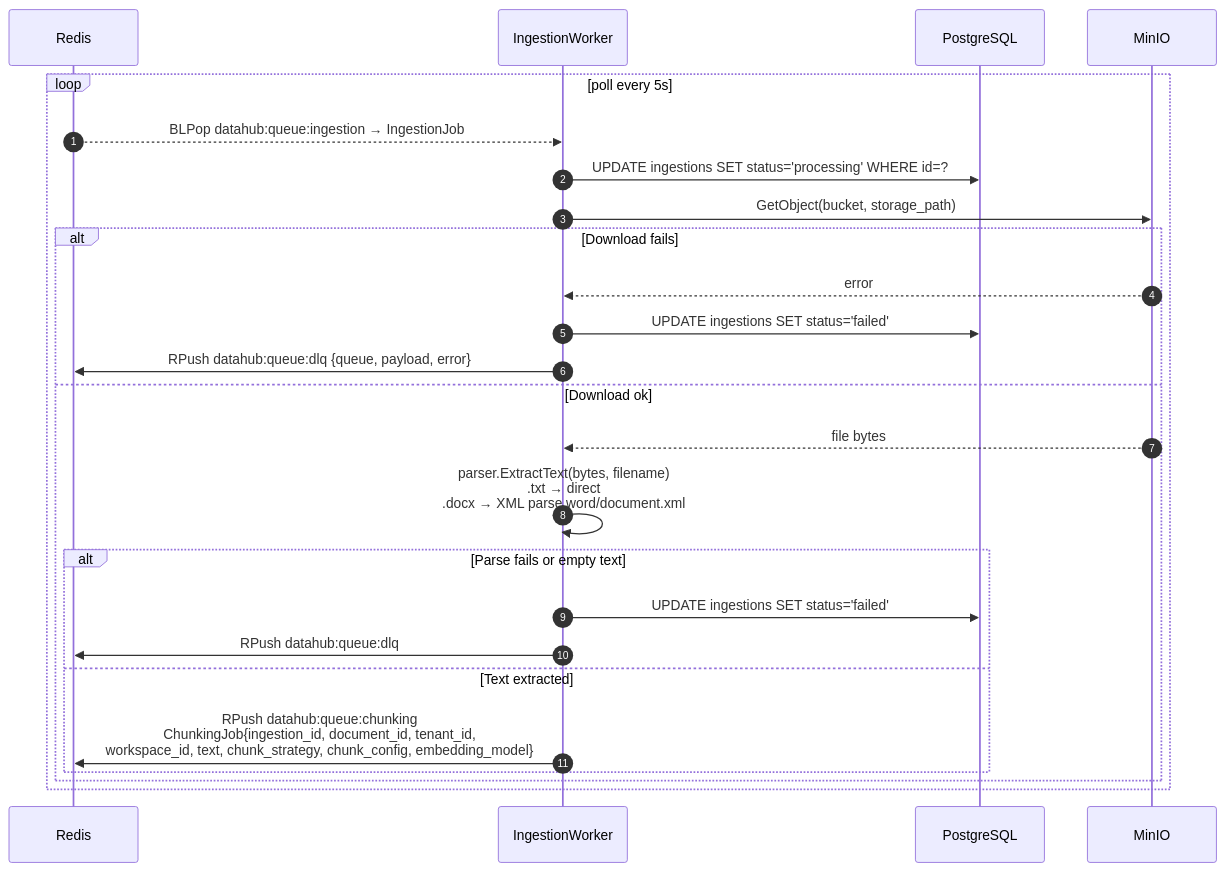
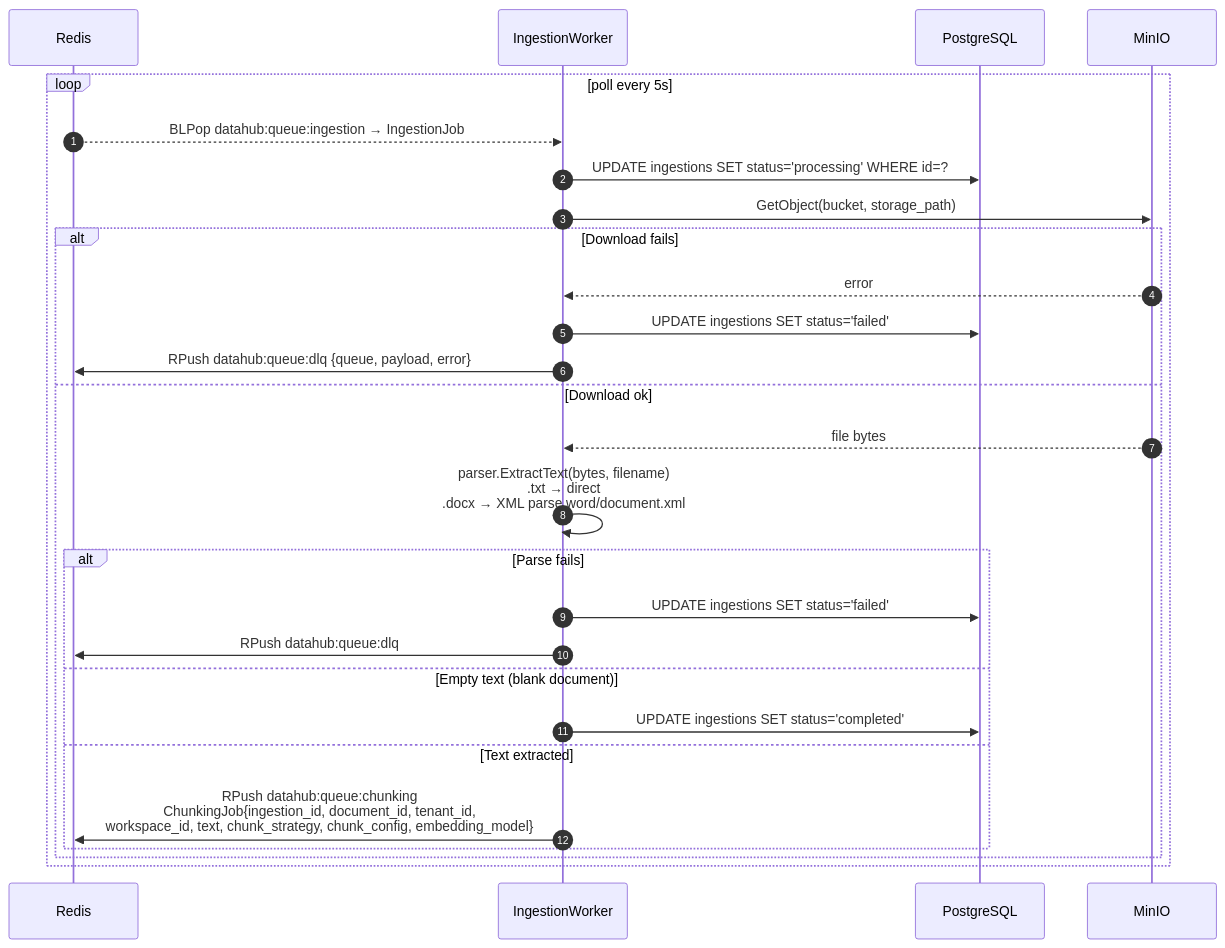
Before and after one commit to Andrew-Bu1/Agent-Platform: the fifth of 11 diagrams in docs/architecture/datahub/sequence.md, drawn with Mermaid. The commit also changed other lines of this file and 21 other files, not shown here.

````diff
--- a/docs/architecture/datahub/sequence.md
+++ b/docs/architecture/datahub/sequence.md
@@ -259,28 +259,30 @@
 ```mermaid
 sequenceDiagram
     autonumber
     participant Redis as Redis
     participant IW as IngestionWorker
     participant DB as PostgreSQL
     participant Minio as MinIO
 
     loop poll every 5s
         Redis-->>IW: BLPop datahub:queue:ingestion → IngestionJob
         IW->>DB: UPDATE ingestions SET status='processing' WHERE id=?
         IW->>Minio: GetObject(bucket, storage_path)
         alt Download fails
             Minio-->>IW: error
             IW->>DB: UPDATE ingestions SET status='failed'
             IW->>Redis: RPush datahub:queue:dlq {queue, payload, error}
         else Download ok
             Minio-->>IW: file bytes
             IW->>IW: parser.ExtractText(bytes, filename)<br/>.txt → direct<br/>.docx → XML parse word/document.xml
-            alt Parse fails or empty text
+            alt Parse fails
                 IW->>DB: UPDATE ingestions SET status='failed'
                 IW->>Redis: RPush datahub:queue:dlq
+            else Empty text (blank document)
+                IW->>DB: UPDATE ingestions SET status='completed'
             else Text extracted
                 IW->>Redis: RPush datahub:queue:chunking<br/>ChunkingJob{ingestion_id, document_id, tenant_id,<br/>workspace_id, text, chunk_strategy, chunk_config, embedding_model}
             end
         end
     end
 ```
````
